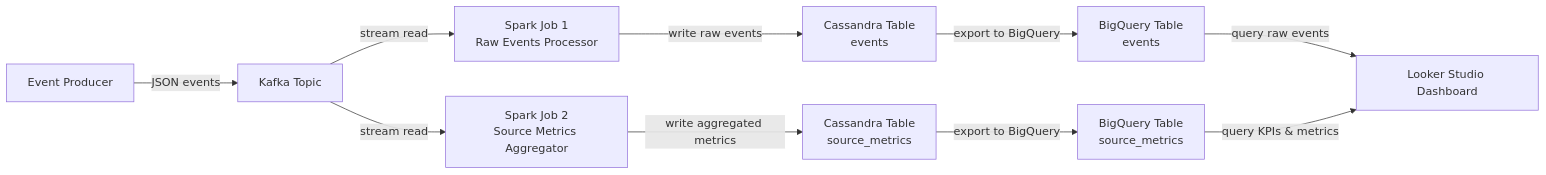
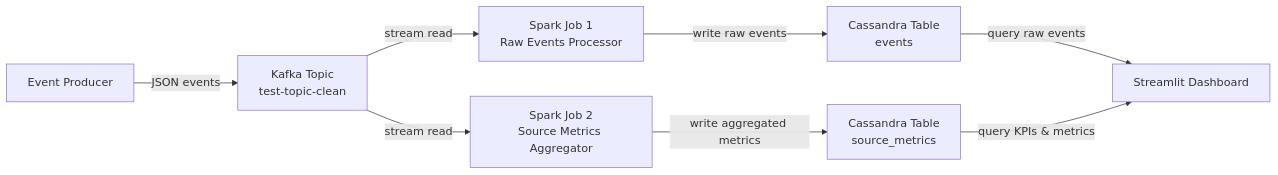
The diagram in README.md (hn0629/real-time-data-engineering-pipeline), drawn with Mermaid before and after one commit. The commit also changed other lines of this file, not shown here.

Commit message:
Move dashboard screenshot to top of README

````diff
--- a/README.md
+++ b/README.md
@@ -23,12 +26,10 @@
 ```mermaid
 flowchart LR
-    A[Event Producer] -->|JSON events| B[Kafka Topic]
+    A[Event Producer] -->|JSON events| B[Kafka Topic<br/>test-topic-clean]
     B -->|stream read| C[Spark Job 1<br/>Raw Events Processor]
     B -->|stream read| D[Spark Job 2<br/>Source Metrics Aggregator]
     C -->|write raw events| E[Cassandra Table<br/>events]
     D -->|write aggregated metrics| F[Cassandra Table<br/>source_metrics]
-    E -->|export to BigQuery| G[BigQuery Table<br/>events]
-    F -->|export to BigQuery| H[BigQuery Table<br/>source_metrics]
-    G -->|query raw events| I[Looker Studio Dashboard]
-    H -->|query KPIs & metrics| I
+    E -->|query raw events| G[Streamlit Dashboard]
+    F -->|query KPIs & metrics| G
 ```
````
